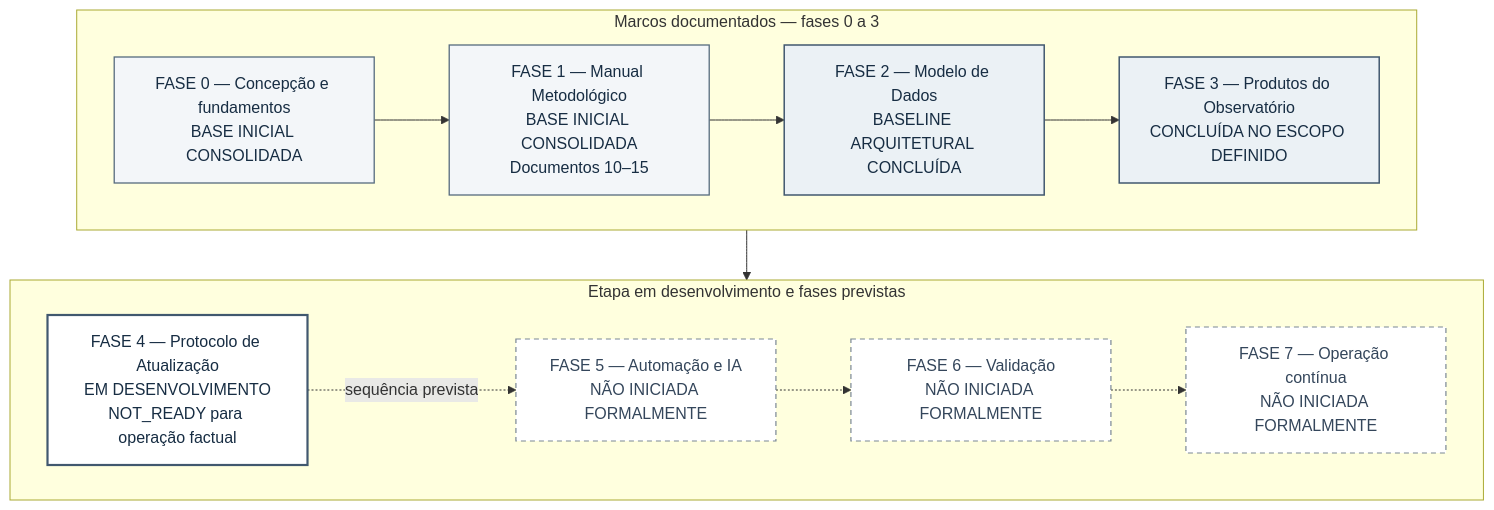
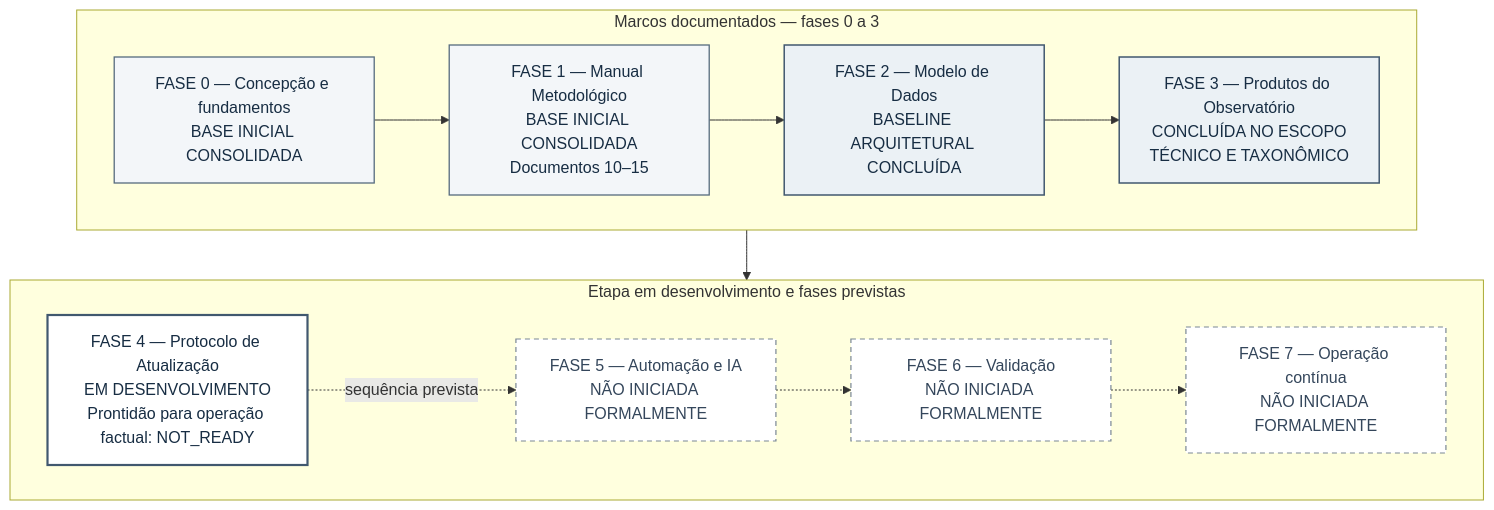
One commit to rogerio-raposo/observatorio-evidencias-saude changed the diagram in docs/scientific-communication/figuras/figura-06-trajetoria-desenvolvimento-prototipo.md. Above: the diagram before and after it, drawn with Mermaid. The commit also changed other lines of this file, not shown here.

Commit message:
docs: review Figure 6 phase semantics and temporal limitations

````diff
--- a/docs/scientific-communication/figuras/figura-06-trajetoria-desenvolvimento-prototipo.md
+++ b/docs/scientific-communication/figuras/figura-06-trajetoria-desenvolvimento-prototipo.md
@@ -12,33 +12,33 @@
 ```mermaid
 flowchart TB
     subgraph G1["Marcos documentados — fases 0 a 3"]
         direction LR
         F0["FASE 0 — Concepção e fundamentos<br/>BASE INICIAL CONSOLIDADA"]
         F1["FASE 1 — Manual Metodológico<br/>BASE INICIAL CONSOLIDADA<br/>Documentos 10–15"]
         F2["FASE 2 — Modelo de Dados<br/>BASELINE ARQUITETURAL CONCLUÍDA"]
-        F3["FASE 3 — Produtos do Observatório<br/>CONCLUÍDA NO ESCOPO DEFINIDO"]
+        F3["FASE 3 — Produtos do Observatório<br/>CONCLUÍDA NO ESCOPO<br/>TÉCNICO E TAXONÔMICO"]
         F0 --> F1 --> F2 --> F3
     end
 
     subgraph G2["Etapa em desenvolvimento e fases previstas"]
         direction LR
-        F4["FASE 4 — Protocolo de Atualização<br/>EM DESENVOLVIMENTO<br/>NOT_READY para operação factual"]
+        F4["FASE 4 — Protocolo de Atualização<br/>EM DESENVOLVIMENTO<br/>Prontidão para operação factual: NOT_READY"]
         F5["FASE 5 — Automação e IA<br/>NÃO INICIADA FORMALMENTE"]
         F6["FASE 6 — Validação<br/>NÃO INICIADA FORMALMENTE"]
         F7["FASE 7 — Operação contínua<br/>NÃO INICIADA FORMALMENTE"]
         F4 -. "sequência prevista" .-> F5
         F5 -.-> F6
         F6 -.-> F7
     end
 
     F3 --> F4
 
     classDef initial fill:#F3F6F9,stroke:#566B7E,color:#172D43,stroke-width:1.3px
     classDef concluded fill:#EBF1F5,stroke:#41586F,color:#172D43,stroke-width:1.5px
     classDef underway fill:#FFFFFF,stroke:#41586F,color:#172D43,stroke-width:2.2px
     classDef future fill:#FFFFFF,stroke:#7A8794,color:#34465B,stroke-width:1.2px,stroke-dasharray:5 4
     class F0,F1 initial
     class F2,F3 concluded
     class F4 underway
     class F5,F6,F7 future
 ```
````
